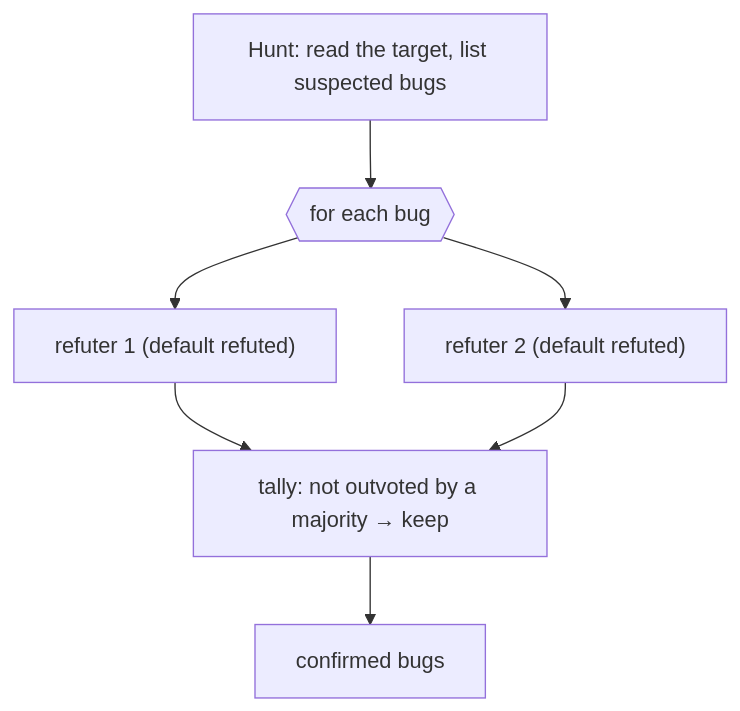
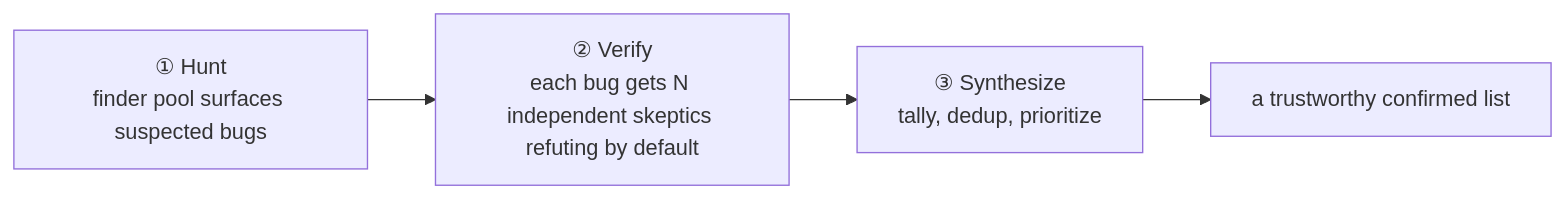
One commit to intel-van/workflow-cookbook changed the first of 3 diagrams in docs/en/p3-15-bug-hunter.md. Above: the diagram before and after it, drawn with Mermaid. The commit also changed other lines of this file and 19 other files, not shown here.

````diff
--- a/docs/en/p3-15-bug-hunter.md
+++ b/docs/en/p3-15-bug-hunter.md
@@ -18,9 +18,6 @@
 ```mermaid
-flowchart TB
-  H["Hunt: read the target, list suspected bugs"] --> P{{"for each bug"}}
-  P --> V1["refuter 1 (default refuted)"]
-  P --> V2["refuter 2 (default refuted)"]
-  V1 --> T["tally: not outvoted by a majority → keep"]
-  V2 --> T
-  T --> C["confirmed bugs"]
+flowchart LR
+  H["① Hunt<br/>finder pool surfaces suspected bugs"] --> V["② Verify<br/>each bug gets N independent skeptics refuting by default"]
+  V --> S["③ Synthesize<br/>tally, dedup, prioritize"]
+  S --> O["a trustworthy confirmed list"]
 ```
````
